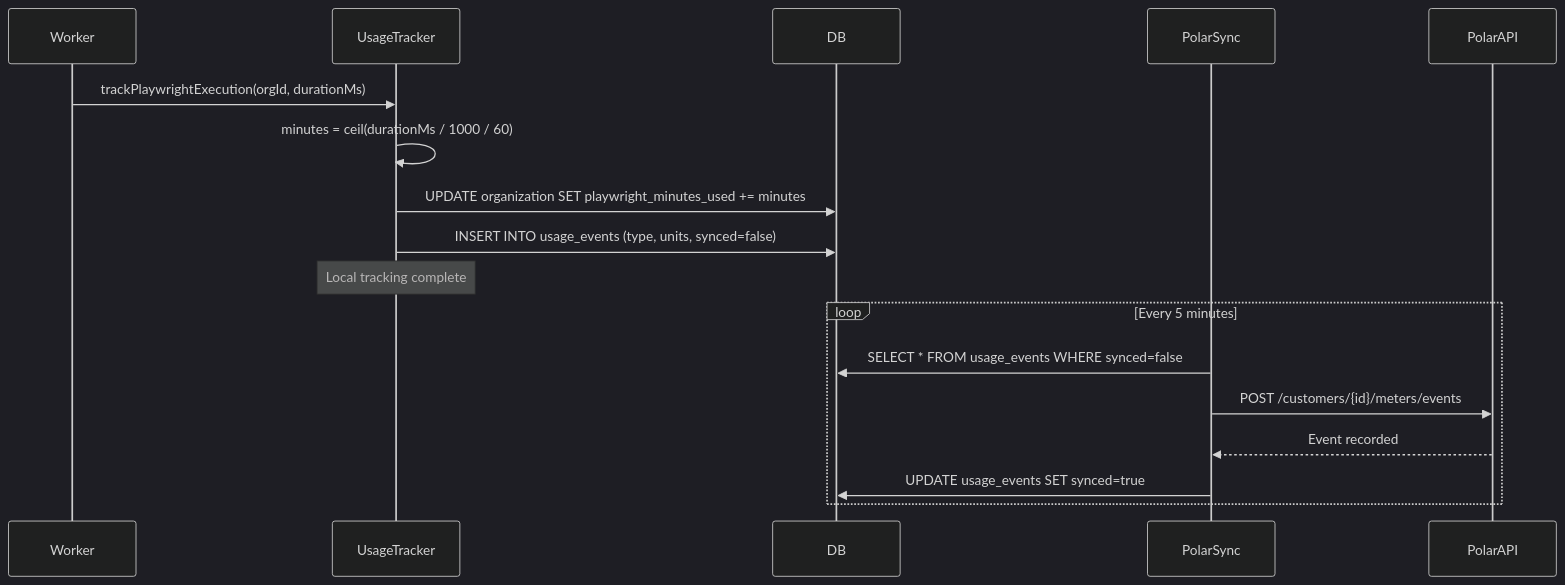
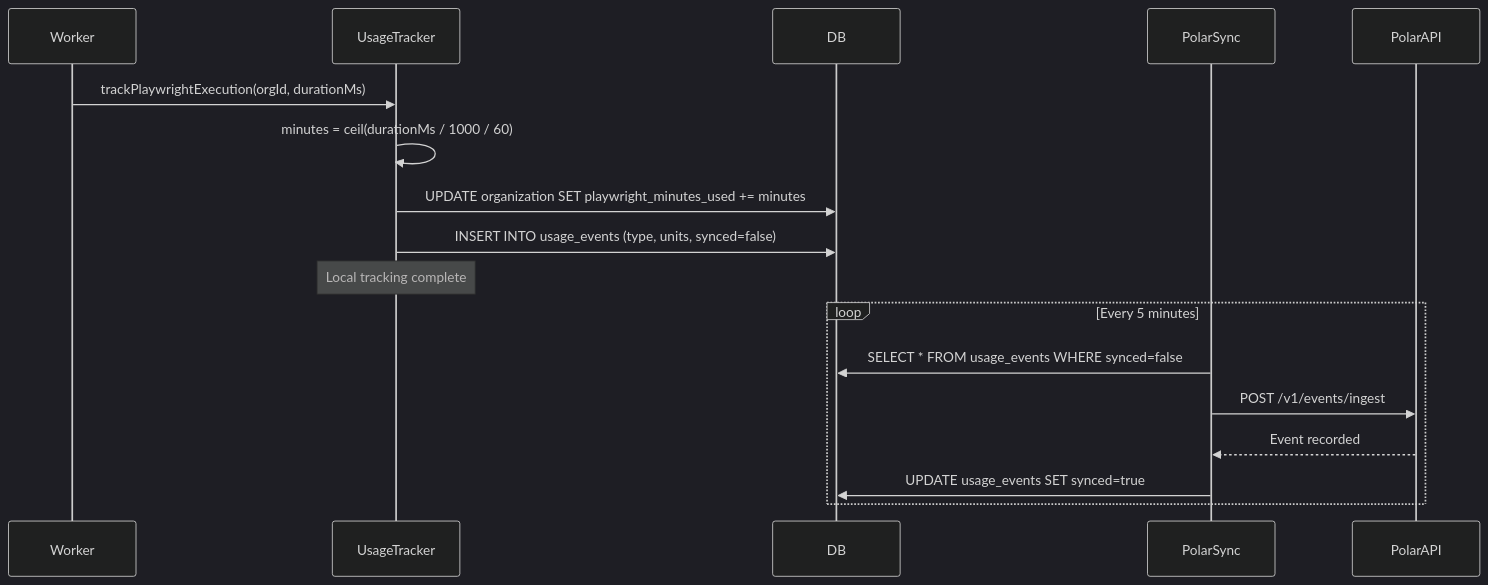
The fourth of 7 diagrams in docs/specs/11-billing/POLAR_BILLING_INTEGRATION.md (supercheck-io/supercheck), drawn with Mermaid (dark theme) before and after one commit. The commit also changed other lines of this file and 30 other files, not shown here.

````diff
--- a/docs/specs/11-billing/POLAR_BILLING_INTEGRATION.md
+++ b/docs/specs/11-billing/POLAR_BILLING_INTEGRATION.md
@@ -1097,21 +1097,21 @@
 ```mermaid
 sequenceDiagram
     participant Worker
     participant UsageTracker
     participant DB
     participant PolarSync
     participant PolarAPI
 
     Worker->>UsageTracker: trackPlaywrightExecution(orgId, durationMs)
     UsageTracker->>UsageTracker: minutes = ceil(durationMs / 1000 / 60)
     UsageTracker->>DB: UPDATE organization SET playwright_minutes_used += minutes
     UsageTracker->>DB: INSERT INTO usage_events (type, units, synced=false)
     Note over UsageTracker: Local tracking complete
 
     loop Every 5 minutes
         PolarSync->>DB: SELECT * FROM usage_events WHERE synced=false
-        PolarSync->>PolarAPI: POST /customers/{id}/meters/events
+        PolarSync->>PolarAPI: POST /v1/events/ingest
         PolarAPI-->>PolarSync: Event recorded
         PolarSync->>DB: UPDATE usage_events SET synced=true
     end
 ```
````
